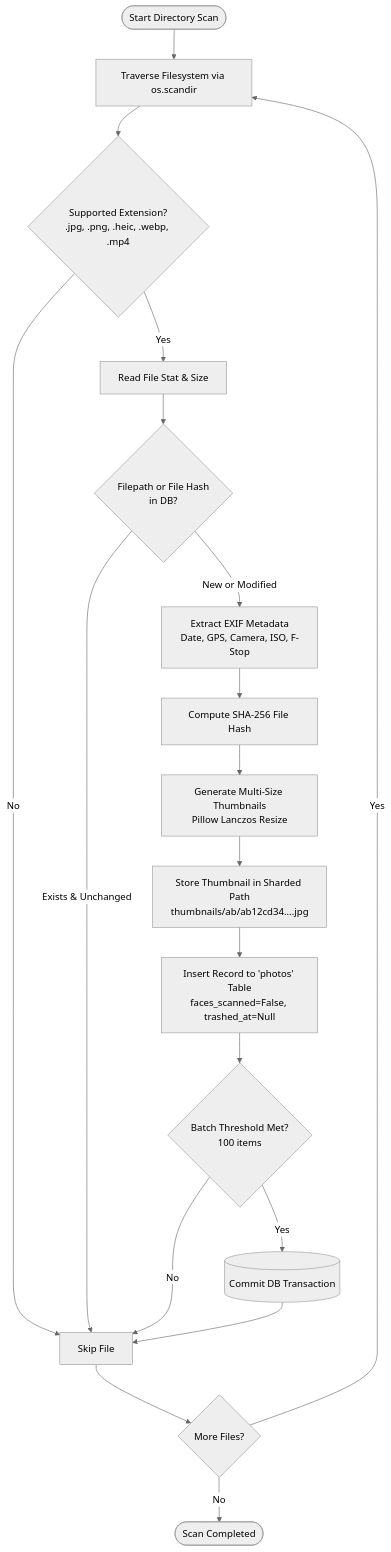
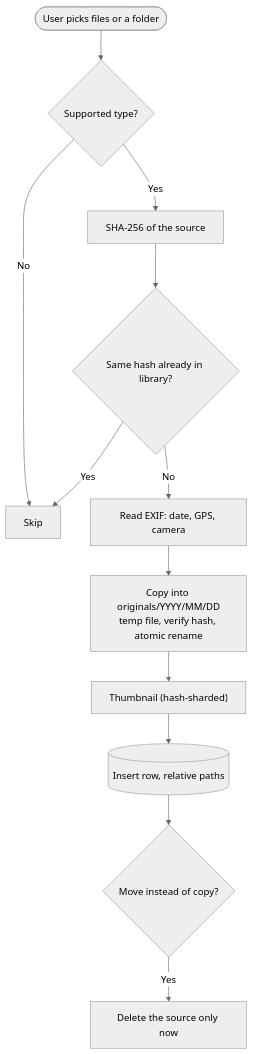
Before and after one commit to SumitKanchan4/SecurePhotos: the second of 7 diagrams in docs/architecture.md, drawn with Mermaid (neutral theme). The commit also changed other lines of this file and 15 other files, not shown here.

````diff
--- a/docs/architecture.md
+++ b/docs/architecture.md
@@ -78,27 +75,14 @@
 ```mermaid
 flowchart TD
-    StartScan([Start Directory Scan]) --> WalkDir[Traverse Filesystem via os.scandir]
-    WalkDir --> FilterExt{Supported Extension?<br/>.jpg, .png, .heic, .webp, .mp4}
-    
-    FilterExt -- No --> NextFile[Skip File]
-    FilterExt -- Yes --> ReadMeta[Read File Stat & Size]
-    
-    ReadMeta --> CheckDB{Filepath or File Hash<br/>in DB?}
-    CheckDB -- Exists & Unchanged --> NextFile
-    CheckDB -- New or Modified --> ExtractEXIF[Extract EXIF Metadata<br/>Date, GPS, Camera, ISO, F-Stop]
-    
-    ExtractEXIF --> GenHash[Compute SHA-256 File Hash]
-    GenHash --> GenThumb[Generate Multi-Size Thumbnails<br/>Pillow Lanczos Resize]
-    
-    GenThumb --> ShardThumb[Store Thumbnail in Sharded Path<br/>thumbnails/ab/ab12cd34....jpg]
-    ShardThumb --> InsertDB[Insert Record to 'photos' Table<br/>faces_scanned=False, trashed_at=Null]
-    
-    InsertDB --> BatchCommit{Batch Threshold Met?<br/>100 items}
-    BatchCommit -- Yes --> CommitDB[(Commit DB Transaction)]
-    BatchCommit -- No --> NextFile
-    
-    CommitDB --> NextFile
-    NextFile --> MoreFiles{More Files?}
-    MoreFiles -- Yes --> WalkDir
-    MoreFiles -- No --> FinishScan([Scan Completed])
+    Pick([User picks files or a folder]) --> Ext{Supported type?}
+    Ext -- No --> Skip[Skip]
+    Ext -- Yes --> Hash[SHA-256 of the source]
+    Hash --> Dup{Same hash already in library?}
+    Dup -- Yes --> Skip
+    Dup -- No --> Meta[Read EXIF: date, GPS, camera]
+    Meta --> Copy["Copy into originals/YYYY/MM/DD<br/>temp file, verify hash, atomic rename"]
+    Copy --> Thumb["Thumbnail (hash-sharded)"]
+    Thumb --> Row[(Insert row, relative paths)]
+    Row --> Optional{Move instead of copy?}
+    Optional -- Yes --> DelSrc[Delete the source only now]
 ```
````
